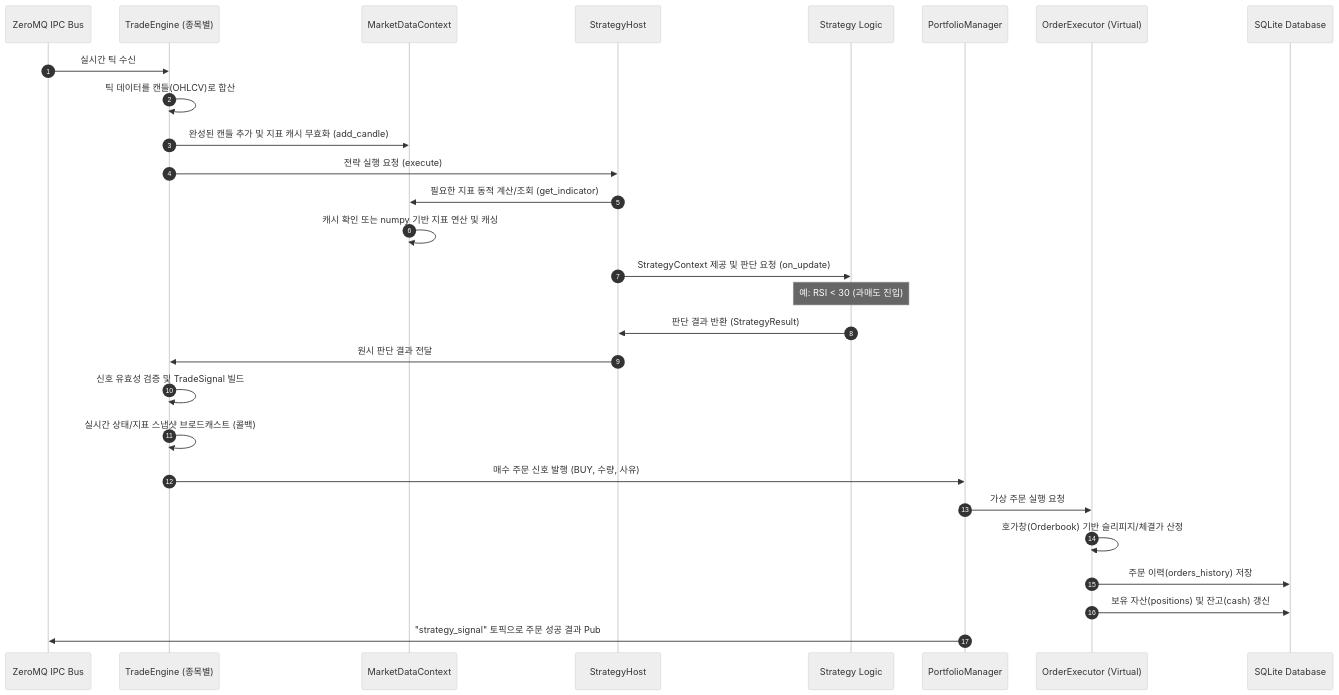
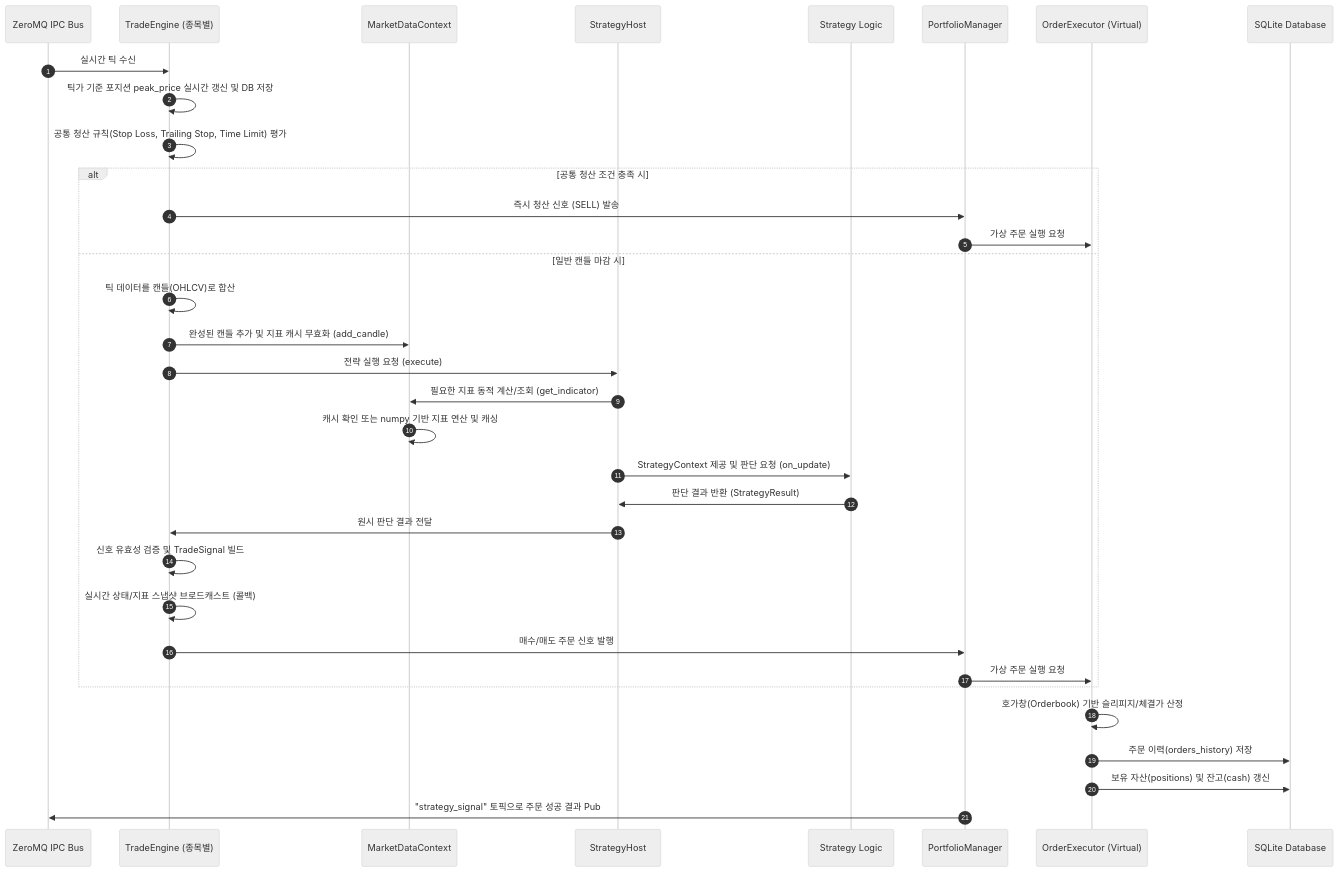
Before and after one commit to yslsoft-ui/ATS: the third of 3 diagrams in docs/architecture.md, drawn with Mermaid (neutral theme). The commit also changed other lines of this file and 19 other files, not shown here.

````diff
--- a/docs/architecture.md
+++ b/docs/architecture.md
@@ -117,31 +117,37 @@
 ```mermaid
 sequenceDiagram
     autonumber
     participant ZMQ as ZeroMQ IPC Bus
     participant TE as TradeEngine (종목별)
     participant MDC as MarketDataContext
     participant Host as StrategyHost
     participant Strat as Strategy Logic
     participant PM as PortfolioManager
     participant Exec as OrderExecutor (Virtual)
     participant DB as SQLite Database
 
     ZMQ->>TE: 실시간 틱 수신
-    TE->>TE: 틱 데이터를 캔들(OHLCV)로 합산
-    TE->>MDC: 완성된 캔들 추가 및 지표 캐시 무효화 (add_candle)
-    TE->>Host: 전략 실행 요청 (execute)
-    Host->>MDC: 필요한 지표 동적 계산/조회 (get_indicator)
-    MDC->>MDC: 캐시 확인 또는 numpy 기반 지표 연산 및 캐싱
-    Host->>Strat: StrategyContext 제공 및 판단 요청 (on_update)
-    Note over Strat: 예: RSI < 30 (과매도 진입)
-    Strat->>Host: 판단 결과 반환 (StrategyResult)
-    Host->>TE: 원시 판단 결과 전달
-    TE->>TE: 신호 유효성 검증 및 TradeSignal 빌드
-    TE->>TE: 실시간 상태/지표 스냅샷 브로드캐스트 (콜백)
-    TE->>PM: 매수 주문 신호 발행 (BUY, 수량, 사유)
-    PM->>Exec: 가상 주문 실행 요청
+    TE->>TE: 틱가 기준 포지션 peak_price 실시간 갱신 및 DB 저장
+    TE->>TE: 공통 청산 규칙(Stop Loss, Trailing Stop, Time Limit) 평가
+    alt 공통 청산 조건 충족 시
+        TE->>PM: 즉시 청산 신호 (SELL) 발송
+        PM->>Exec: 가상 주문 실행 요청
+    else 일반 캔들 마감 시
+        TE->>TE: 틱 데이터를 캔들(OHLCV)로 합산
+        TE->>MDC: 완성된 캔들 추가 및 지표 캐시 무효화 (add_candle)
+        TE->>Host: 전략 실행 요청 (execute)
+        Host->>MDC: 필요한 지표 동적 계산/조회 (get_indicator)
+        MDC->>MDC: 캐시 확인 또는 numpy 기반 지표 연산 및 캐싱
+        Host->>Strat: StrategyContext 제공 및 판단 요청 (on_update)
+        Strat->>Host: 판단 결과 반환 (StrategyResult)
+        Host->>TE: 원시 판단 결과 전달
+        TE->>TE: 신호 유효성 검증 및 TradeSignal 빌드
+        TE->>TE: 실시간 상태/지표 스냅샷 브로드캐스트 (콜백)
+        TE->>PM: 매수/매도 주문 신호 발행
+        PM->>Exec: 가상 주문 실행 요청
+    end
     Exec->>Exec: 호가창(Orderbook) 기반 슬리피지/체결가 산정
     Exec->>DB: 주문 이력(orders_history) 저장
     Exec->>DB: 보유 자산(positions) 및 잔고(cash) 갱신
     PM->>ZMQ: "strategy_signal" 토픽으로 주문 성공 결과 Pub
 ```
````
